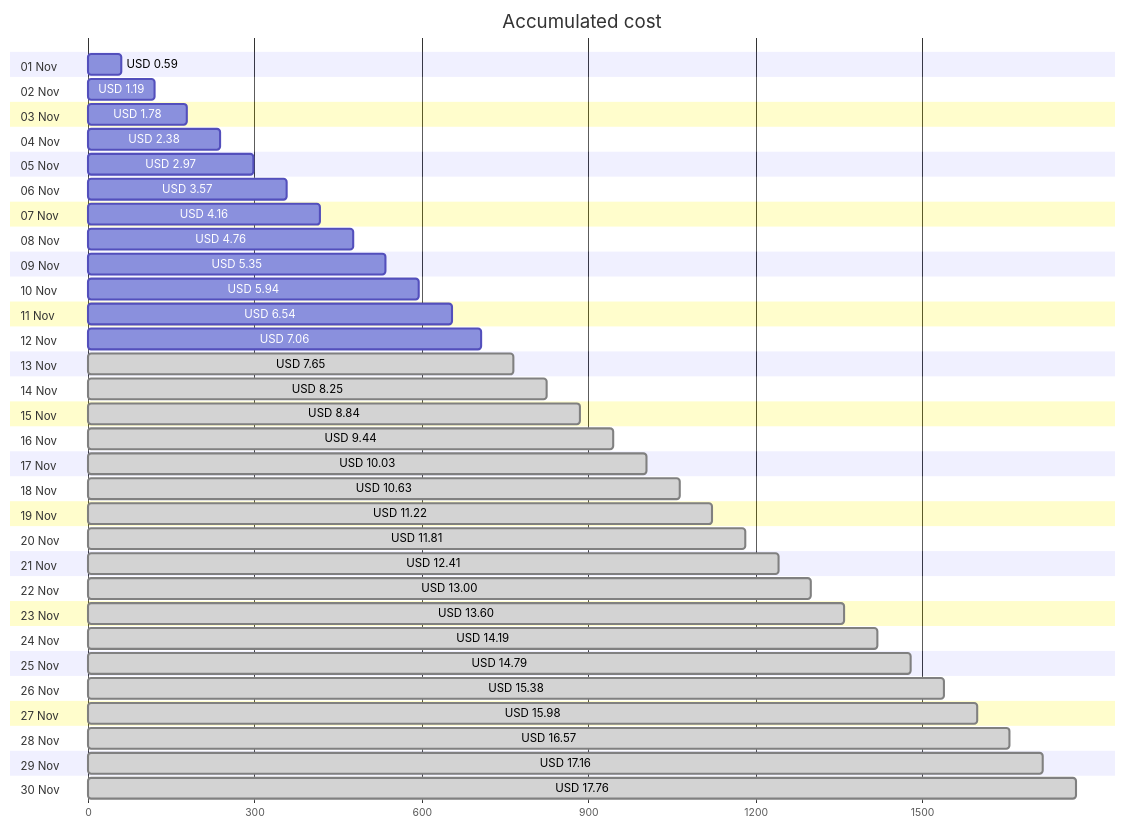
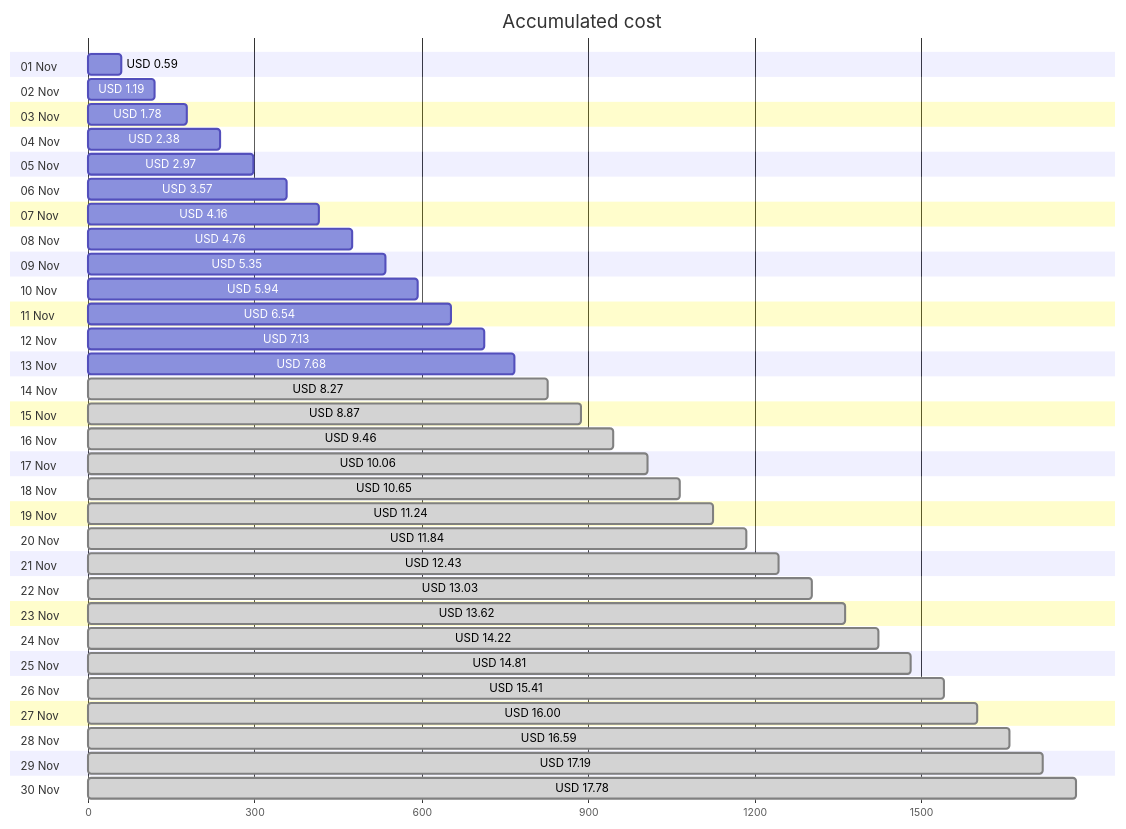
The first of 4 diagrams in cost-reports/personal-site/README.md (jpfulton/azure-personal-reports), drawn with Mermaid before and after one commit. The commit also changed other lines of this file and 6 other files, not shown here.

````diff
--- a/cost-reports/personal-site/README.md
+++ b/cost-reports/personal-site/README.md
@@ -20,66 +20,66 @@
 ```mermaid
 gantt
    title Accumulated cost
    dateFormat  X
    axisFormat %s
    section 01 Nov
    USD 0.59 :0, 59
    section 02 Nov
    USD 1.19 :0, 119
    section 03 Nov
    USD 1.78 :0, 178
    section 04 Nov
    USD 2.38 :0, 238
    section 05 Nov
    USD 2.97 :0, 297
    section 06 Nov
    USD 3.57 :0, 357
    section 07 Nov
    USD 4.16 :0, 416
    section 08 Nov
    USD 4.76 :0, 476
    section 09 Nov
    USD 5.35 :0, 535
    section 10 Nov
    USD 5.94 :0, 594
    section 11 Nov
    USD 6.54 :0, 654
    section 12 Nov
-   USD 7.06 :0, 706
+   USD 7.13 :0, 713
    section 13 Nov
-   USD 7.65 : done, 0, 765
+   USD 7.68 :0, 768
    section 14 Nov
-   USD 8.25 : done, 0, 825
+   USD 8.27 : done, 0, 827
    section 15 Nov
-   USD 8.84 : done, 0, 884
+   USD 8.87 : done, 0, 887
    section 16 Nov
-   USD 9.44 : done, 0, 944
+   USD 9.46 : done, 0, 946
    section 17 Nov
-   USD 10.03 : done, 0, 1003
+   USD 10.06 : done, 0, 1006
    section 18 Nov
-   USD 10.63 : done, 0, 1063
+   USD 10.65 : done, 0, 1065
    section 19 Nov
-   USD 11.22 : done, 0, 1122
+   USD 11.24 : done, 0, 1124
    section 20 Nov
-   USD 11.81 : done, 0, 1181
+   USD 11.84 : done, 0, 1184
    section 21 Nov
-   USD 12.41 : done, 0, 1241
+   USD 12.43 : done, 0, 1243
    section 22 Nov
-   USD 13.00 : done, 0, 1300
+   USD 13.03 : done, 0, 1303
    section 23 Nov
-   USD 13.60 : done, 0, 1360
+   USD 13.62 : done, 0, 1362
    section 24 Nov
-   USD 14.19 : done, 0, 1419
+   USD 14.22 : done, 0, 1422
    section 25 Nov
-   USD 14.79 : done, 0, 1479
+   USD 14.81 : done, 0, 1481
    section 26 Nov
-   USD 15.38 : done, 0, 1538
+   USD 15.41 : done, 0, 1541
    section 27 Nov
-   USD 15.98 : done, 0, 1598
+   USD 16.00 : done, 0, 1600
    section 28 Nov
-   USD 16.57 : done, 0, 1657
+   USD 16.59 : done, 0, 1659
    section 29 Nov
-   USD 17.16 : done, 0, 1716
+   USD 17.19 : done, 0, 1719
    section 30 Nov
-   USD 17.76 : done, 0, 1776
+   USD 17.78 : done, 0, 1778
 ```
````
